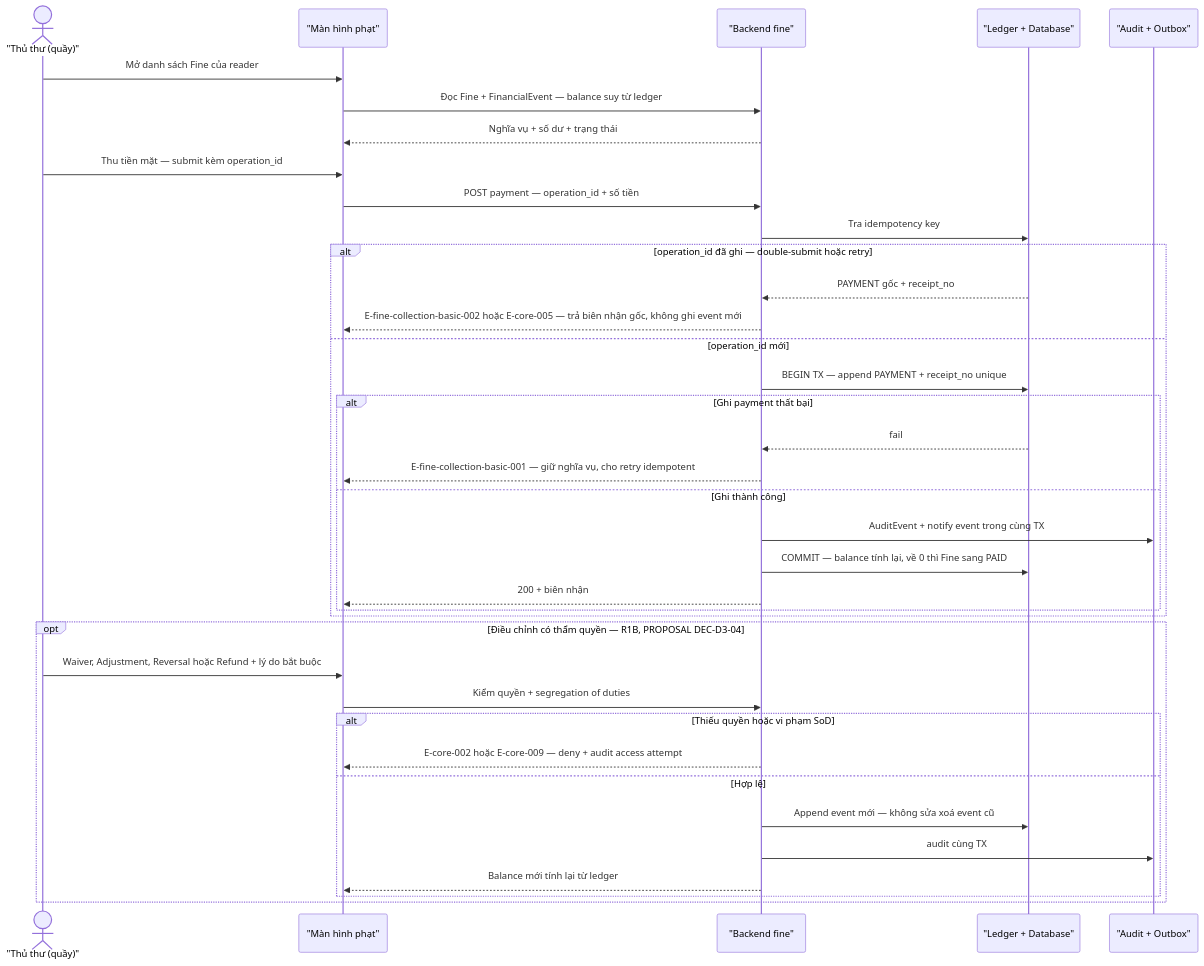
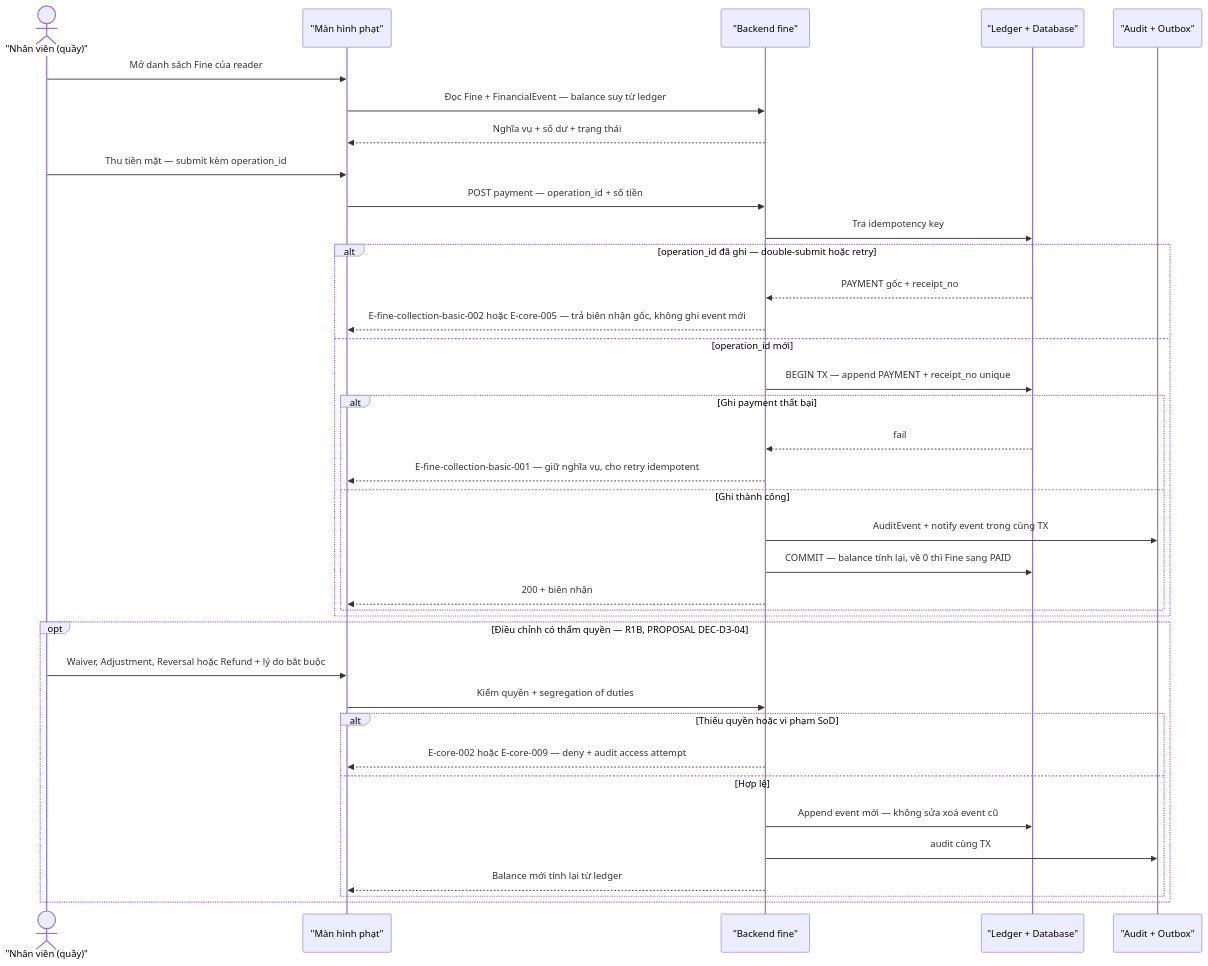
The diagram in docs/features/fine-collection-basic/srs/fine-collection-basic-flows.md (DatTran26/quanlythuvien), drawn with Mermaid before and after one commit. The commit also changed other lines of this file and 250 other files, not shown here.

````diff
--- a/docs/features/fine-collection-basic/srs/fine-collection-basic-flows.md
+++ b/docs/features/fine-collection-basic/srs/fine-collection-basic-flows.md
@@ -16,40 +16,40 @@
 ```mermaid
 sequenceDiagram
-    actor TT as "Thủ thư (quầy)"
+    actor TT as "Nhân viên (quầy)"
     participant UI as "Màn hình phạt"
     participant BE as "Backend fine"
     participant DB as "Ledger + Database"
     participant OUT as "Audit + Outbox"
 
     TT->>UI: Mở danh sách Fine của reader
     UI->>BE: Đọc Fine + FinancialEvent — balance suy từ ledger
     BE-->>UI: Nghĩa vụ + số dư + trạng thái
     TT->>UI: Thu tiền mặt — submit kèm operation_id
     UI->>BE: POST payment — operation_id + số tiền
     BE->>DB: Tra idempotency key
     alt operation_id đã ghi — double-submit hoặc retry
         DB-->>BE: PAYMENT gốc + receipt_no
         BE-->>UI: E-fine-collection-basic-002 hoặc E-core-005 — trả biên nhận gốc, không ghi event mới
     else operation_id mới
         BE->>DB: BEGIN TX — append PAYMENT + receipt_no unique
         alt Ghi payment thất bại
             DB-->>BE: fail
             BE-->>UI: E-fine-collection-basic-001 — giữ nghĩa vụ, cho retry idempotent
         else Ghi thành công
             BE->>OUT: AuditEvent + notify event trong cùng TX
             BE->>DB: COMMIT — balance tính lại, về 0 thì Fine sang PAID
             BE-->>UI: 200 + biên nhận
         end
     end
     opt Điều chỉnh có thẩm quyền — R1B, PROPOSAL DEC-D3-04
         TT->>UI: Waiver, Adjustment, Reversal hoặc Refund + lý do bắt buộc
         UI->>BE: Kiểm quyền + segregation of duties
         alt Thiếu quyền hoặc vi phạm SoD
             BE-->>UI: E-core-002 hoặc E-core-009 — deny + audit access attempt
         else Hợp lệ
             BE->>DB: Append event mới — không sửa xoá event cũ
             BE->>OUT: audit cùng TX
             BE-->>UI: Balance mới tính lại từ ledger
         end
     end
 ```
````
